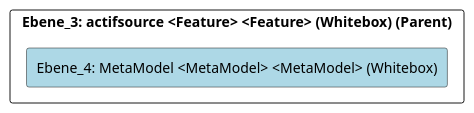
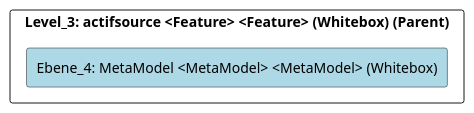
One commit to marcozwyssig/cleon changed the diagram in doc/cleonproject_deliverables_architecture_model_architecture/adoc/de/05_bausteinsicht/cleon/applications/actifsource/metamodel/ebene_4_metamodel.adoc. Above: the diagram before and after it, drawn with PlantUML. The commit also changed other lines of this file and 169 other files, not shown here.

```diff
--- a/doc/cleonproject_deliverables_architecture_model_architecture/adoc/de/05_bausteinsicht/cleon/applications/actifsource/metamodel/ebene_4_metamodel.adoc
+++ b/doc/cleonproject_deliverables_architecture_model_architecture/adoc/de/05_bausteinsicht/cleon/applications/actifsource/metamodel/ebene_4_metamodel.adoc
@@ -20,24 +20,24 @@
 [plantuml, Ebene_4: MetaModel <MetaModel> <MetaModel> (Whitebox)BlockOverview, format="svg"]
 ----
 @startuml Ebene_4: MetaModel <MetaModel> <MetaModel> (Whitebox)BuildingBlockOverview
 
 skinparam ranksep 10
 skinparam componentStyle rectangle
 skinparam shadowing false
 skinparam arrowColor lightblue
 skinparam arrowThickness 1.2
 skinparam rectangle {
   BackgroundColor White
   BorderColor #333
   RoundCorner 10
 }
 top to bottom direction
 
-component "Ebene_3: actifsource <Feature> <Feature> (Whitebox) (Parent)" {
+component "Level_3: actifsource <Feature> <Feature> (Whitebox) (Parent)" {
     component "Ebene_4: MetaModel <MetaModel> <MetaModel> (Whitebox)" #lightblue {
     }
 
 }
 
 @enduml
 ----
```
